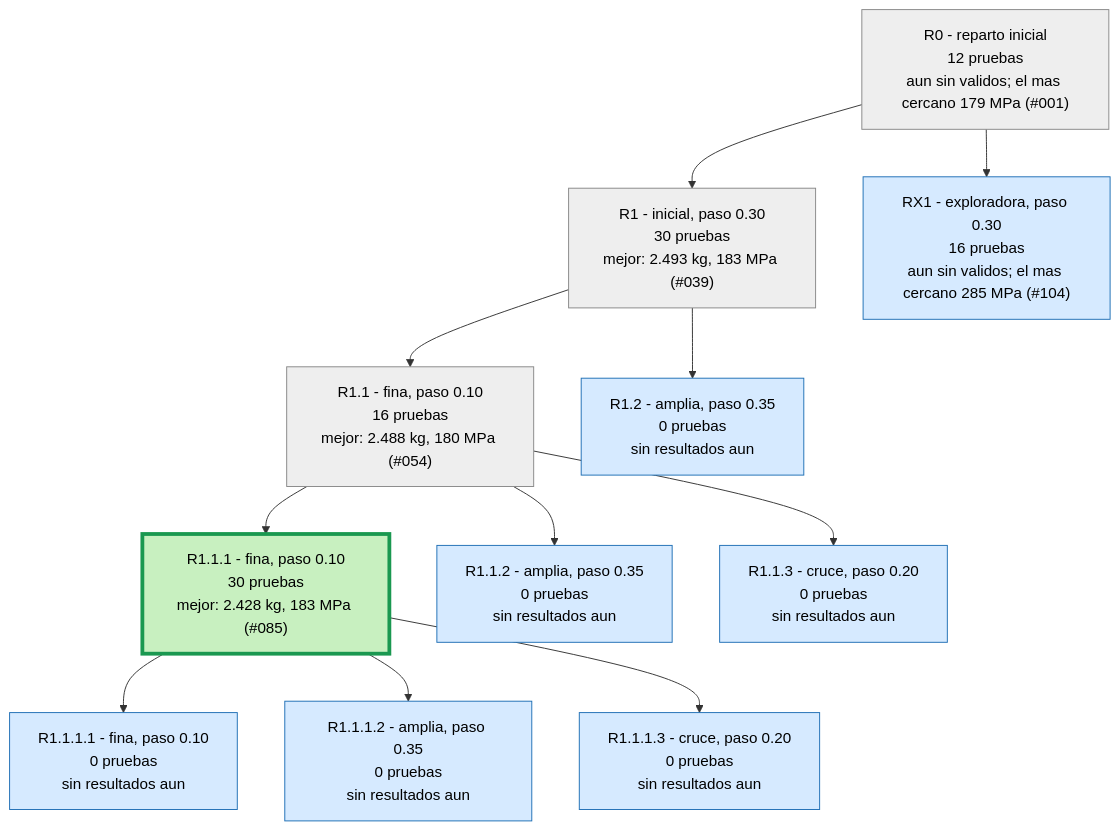
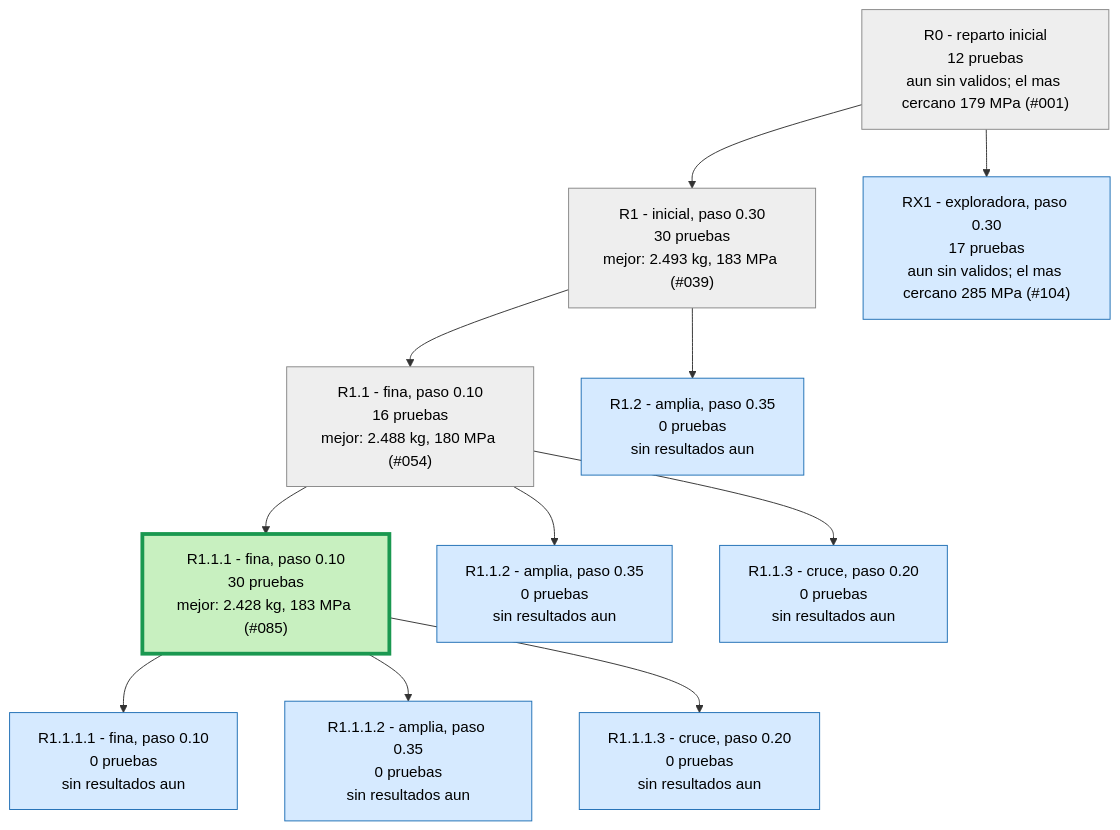
The second of 3 diagrams in runs/opt_37800N/ARBOL.md (Hugiko/msd-soporte-optimizacion), drawn with Mermaid before and after one commit. The commit also changed 19 other files, not shown here.

````diff
--- a/runs/opt_37800N/ARBOL.md
+++ b/runs/opt_37800N/ARBOL.md
@@ -29,27 +29,27 @@
 ```mermaid
 graph TD
 classDef activa fill:#d6eaff,stroke:#1f6fb5,color:#000
 classDef fin fill:#eeeeee,stroke:#888,color:#000
 classDef mejor fill:#c8f0c0,stroke:#1a9850,stroke-width:4px,color:#000
 R0["R0 - reparto inicial<br/>12 pruebas<br/>aun sin validos; el mas cercano 179 MPa (#001)"]:::fin
 R1["R1 - inicial, paso 0.30<br/>30 pruebas<br/>mejor: 2.493 kg, 183 MPa (#039)"]:::fin
 R0 --> R1
 R1_1["R1.1 - fina, paso 0.10<br/>16 pruebas<br/>mejor: 2.488 kg, 180 MPa (#054)"]:::fin
 R1 --> R1_1
 R1_2["R1.2 - amplia, paso 0.35<br/>0 pruebas<br/>sin resultados aun"]:::activa
 R1 --> R1_2
 R1_1_1["R1.1.1 - fina, paso 0.10<br/>30 pruebas<br/>mejor: 2.428 kg, 183 MPa (#085)"]:::mejor
 R1_1 --> R1_1_1
 R1_1_2["R1.1.2 - amplia, paso 0.35<br/>0 pruebas<br/>sin resultados aun"]:::activa
 R1_1 --> R1_1_2
 R1_1_3["R1.1.3 - cruce, paso 0.20<br/>0 pruebas<br/>sin resultados aun"]:::activa
 R1_1 --> R1_1_3
 R1_1_1_1["R1.1.1.1 - fina, paso 0.10<br/>0 pruebas<br/>sin resultados aun"]:::activa
 R1_1_1 --> R1_1_1_1
 R1_1_1_2["R1.1.1.2 - amplia, paso 0.35<br/>0 pruebas<br/>sin resultados aun"]:::activa
 R1_1_1 --> R1_1_1_2
 R1_1_1_3["R1.1.1.3 - cruce, paso 0.20<br/>0 pruebas<br/>sin resultados aun"]:::activa
 R1_1_1 --> R1_1_1_3
-RX1["RX1 - exploradora, paso 0.30<br/>16 pruebas<br/>aun sin validos; el mas cercano 285 MPa (#104)"]:::activa
+RX1["RX1 - exploradora, paso 0.30<br/>17 pruebas<br/>aun sin validos; el mas cercano 285 MPa (#104)"]:::activa
 R0 --> RX1
 ```
````
